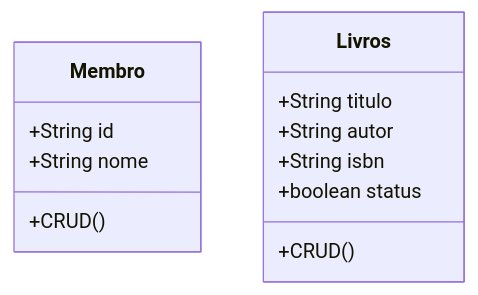
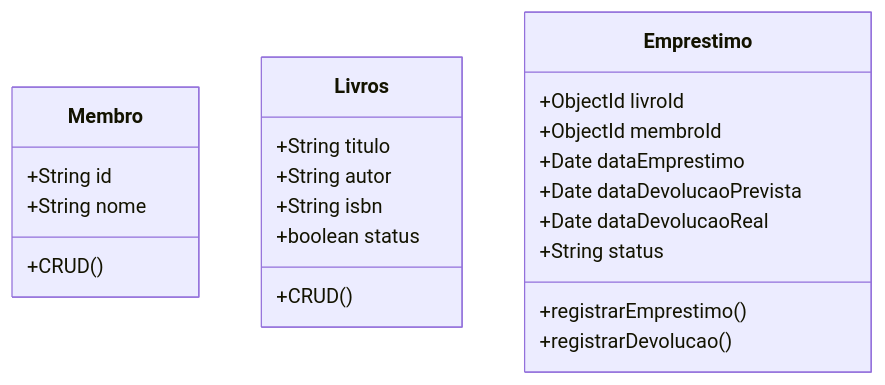
The first of 3 diagrams in Frameworks/Next/formativa-biblioteca/README.md (EduardoSB-2/Front-End), drawn with Mermaid before and after one commit. The commit also changed other lines of this file, not shown here.

````diff
--- a/Frameworks/Next/formativa-biblioteca/README.md
+++ b/Frameworks/Next/formativa-biblioteca/README.md
@@ -40,19 +43,30 @@
 ```mermaid
 
 classDiagram
 
-    class Membro{
+    class Membro {
         +String id
         +String nome
         +CRUD()
     }
 
-    class Livros{
+    class Livros {
         +String titulo
         +String autor
         +String isbn
         +boolean status
         +CRUD()
     }
 
+    class Emprestimo {
+        +ObjectId livroId
+        +ObjectId membroId
+        +Date dataEmprestimo
+        +Date dataDevolucaoPrevista
+        +Date dataDevolucaoReal
+        +String status
+        +registrarEmprestimo()
+        +registrarDevolucao()
+    }
+
 ```
````
